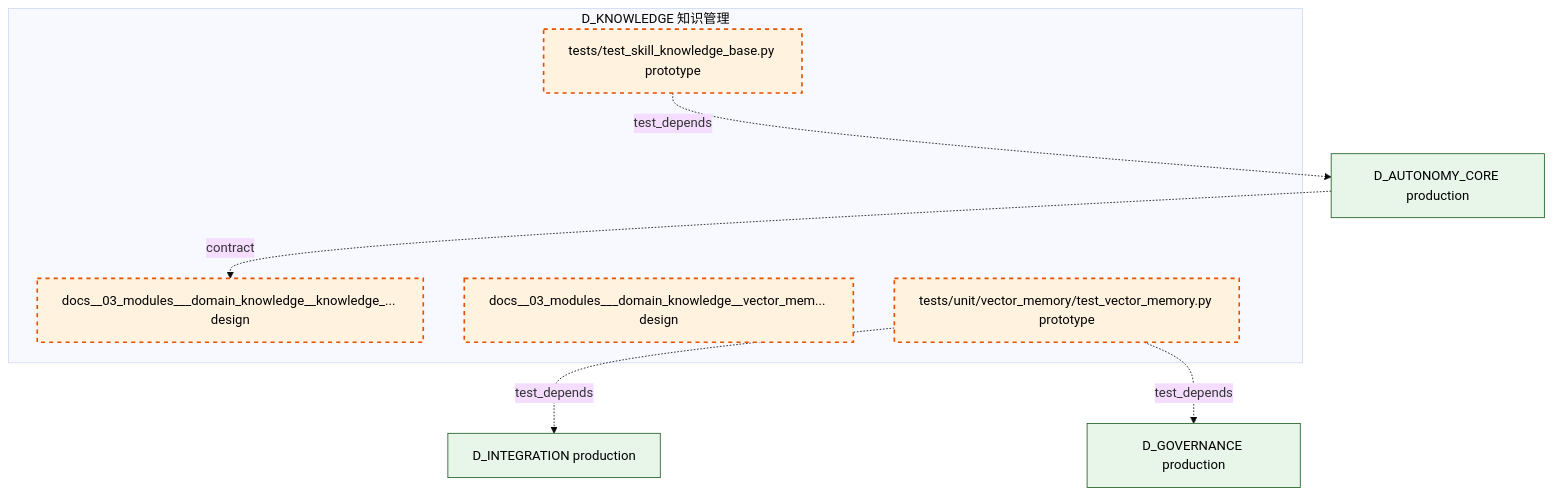
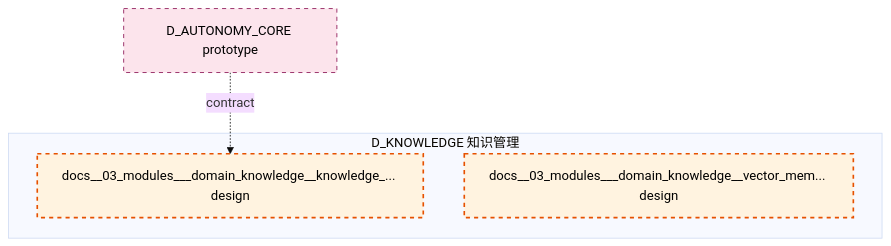
The diagram in docs/02_enterprise_architecture/02_domain_architecture_docs/41_d_knowledge.md (xuanFelixVan/ZephyrAlpha), drawn with Mermaid (base theme) before and after one commit. The commit also changed other lines of this file and 105 other files, not shown here.

````diff
--- a/docs/02_enterprise_architecture/02_domain_architecture_docs/41_d_knowledge.md
+++ b/docs/02_enterprise_architecture/02_domain_architecture_docs/41_d_knowledge.md
@@ -47,22 +47,15 @@
 ```mermaid
 graph TD
     subgraph D_KNOWLEDGE["D_KNOWLEDGE 知识管理"]
         docs_03_modules_domain_knowledge_knowledge_base_blueprint_md["docs__03_modules___domain_knowledge__knowledge_... design"]
         docs_03_modules_domain_knowledge_vector_memory_blueprint_md["docs__03_modules___domain_knowledge__vector_mem... design"]
-        tests_test_skill_knowledge_base_py["tests/test_skill_knowledge_base.py prototype"]
-        tests_unit_vector_memory_test_vector_memory_py["tests/unit/vector_memory/test_vector_memory.py prototype"]
     end
-    D_AUTONOMY_CORE["D_AUTONOMY_CORE production"]
-    tests_test_skill_knowledge_base_py -.->|test_depends| D_AUTONOMY_CORE
-    D_INTEGRATION["D_INTEGRATION production"]
-    tests_unit_vector_memory_test_vector_memory_py -.->|test_depends| D_INTEGRATION
-    D_GOVERNANCE["D_GOVERNANCE production"]
-    tests_unit_vector_memory_test_vector_memory_py -.->|test_depends| D_GOVERNANCE
+    D_AUTONOMY_CORE["D_AUTONOMY_CORE prototype"]
     D_AUTONOMY_CORE -.->|contract| docs_03_modules_domain_knowledge_knowledge_base_blueprint_md
     classDef production fill:#e1f5fe,stroke:#01579b,stroke-width:2px,color:#000
     classDef design fill:#fff3e0,stroke:#e65100,stroke-width:2px,color:#000,stroke-dasharray: 5 5
     classDef external_prod fill:#e8f5e9,stroke:#1b5e20,stroke-width:1px,color:#000
     classDef external_design fill:#fce4ec,stroke:#880e4f,stroke-width:1px,color:#000,stroke-dasharray: 5 5
-    class docs_03_modules_domain_knowledge_knowledge_base_blueprint_md,docs_03_modules_domain_knowledge_vector_memory_blueprint_md,tests_test_skill_knowledge_base_py,tests_unit_vector_memory_test_vector_memory_py design
-    class D_AUTONOMY_CORE,D_INTEGRATION,D_GOVERNANCE external_prod
+    class docs_03_modules_domain_knowledge_knowledge_base_blueprint_md,docs_03_modules_domain_knowledge_vector_memory_blueprint_md design
+    class D_AUTONOMY_CORE external_design
 ```
````
